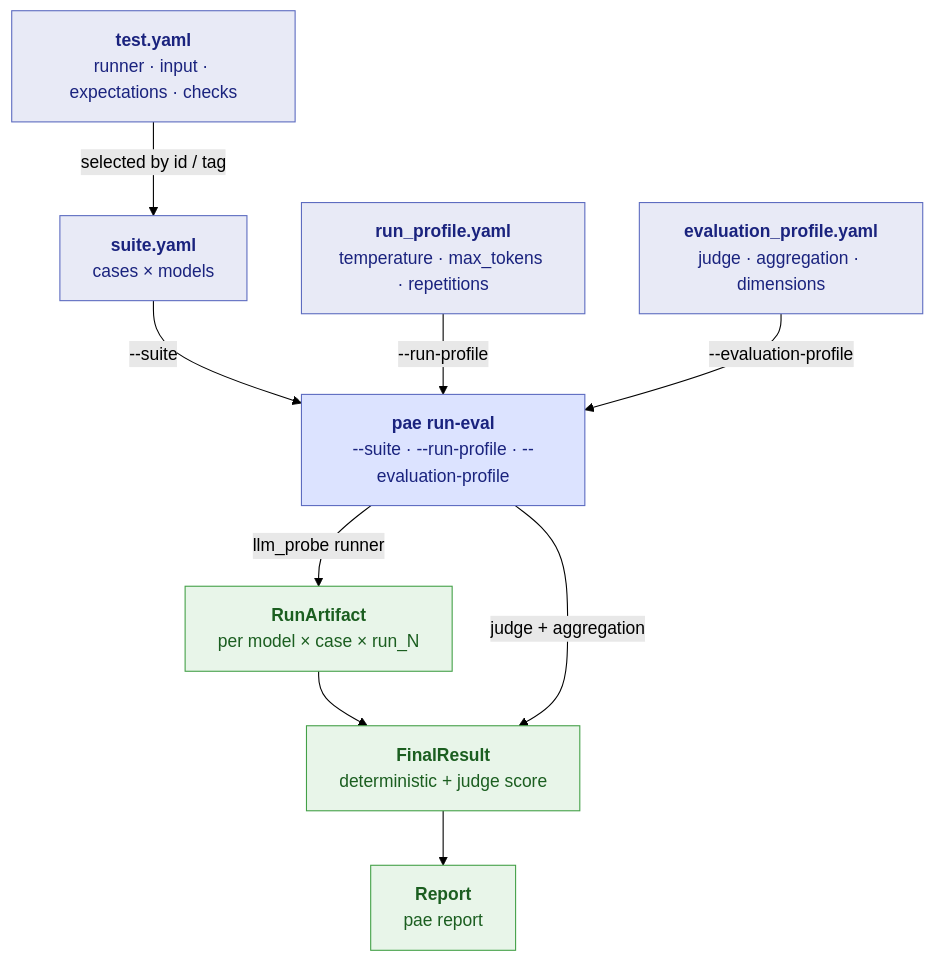
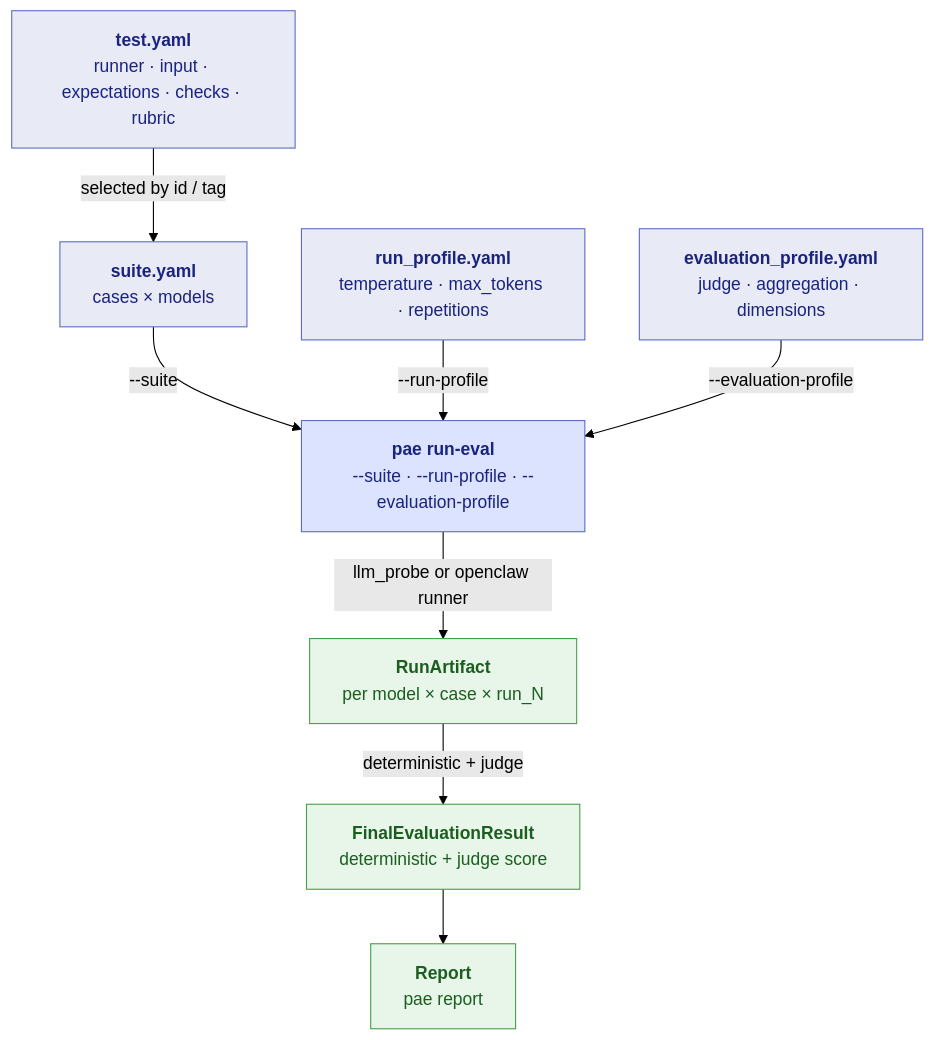
Before and after one commit to javiersgjavi/personal_agent_eval: the first of 3 diagrams in docs/config_model.md, drawn with Mermaid (forest theme). The commit also changed other lines of this file and 69 other files, not shown here.

````diff
--- a/docs/config_model.md
+++ b/docs/config_model.md
@@ -19,28 +17,27 @@
 ```mermaid
 flowchart TD
-    T["<b>test.yaml</b><br/>runner · input · expectations · checks"]
+    T["<b>test.yaml</b><br/>runner · input · expectations · checks · rubric"]
     S["<b>suite.yaml</b><br/>cases × models"]
     R["<b>run_profile.yaml</b><br/>temperature · max_tokens · repetitions"]
     E["<b>evaluation_profile.yaml</b><br/>judge · aggregation · dimensions"]
     W["<b>pae run-eval</b><br/>--suite · --run-profile · --evaluation-profile"]
     A["<b>RunArtifact</b><br/>per model × case × run_N"]
-    F["<b>FinalResult</b><br/>deterministic + judge score"]
+    F["<b>FinalEvaluationResult</b><br/>deterministic + judge score"]
     P["<b>Report</b><br/>pae report"]
 
     T -->|"selected by id / tag"| S
     S -->|"--suite"| W
     R -->|"--run-profile"| W
     E -->|"--evaluation-profile"| W
-    W -->|"llm_probe runner"| A
-    A --> F
-    W -->|"judge + aggregation"| F
+    W -->|"llm_probe or openclaw runner"| A
+    A -->|"deterministic + judge"| F
     F --> P
 
     classDef cfg   fill:#E8EAF6,stroke:#5C6BC0,color:#1A237E
     classDef orch  fill:#DCE3FF,stroke:#5C6BC0,color:#1A237E
     classDef art   fill:#E8F5E9,stroke:#43A047,color:#1B5E20
 
     class T,S,R,E cfg
     class W orch
     class A,F,P art
 ```
````
